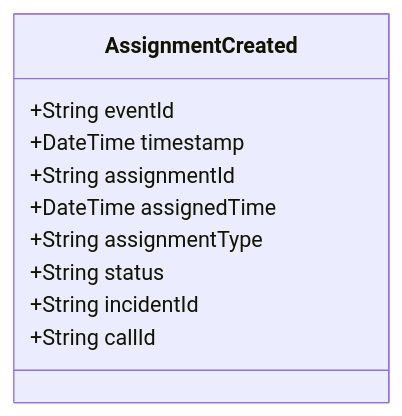
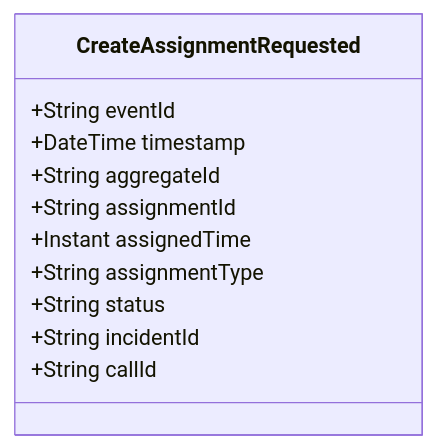
Before and after one commit to pgraff/police-system: the diagram in doc/events/AssignmentCreated.md, drawn with Mermaid. The commit also changed other lines of this file and 58 other files, not shown here.

````diff
--- a/doc/events/AssignmentCreated.md
+++ b/doc/events/AssignmentCreated.md
@@ -9,13 +9,14 @@
 ```mermaid
 classDiagram
-    class AssignmentCreated {
+    class CreateAssignmentRequested {
         +String eventId
         +DateTime timestamp
+        +String aggregateId
         +String assignmentId
-        +DateTime assignedTime
+        +Instant assignedTime
         +String assignmentType
         +String status
         +String incidentId
         +String callId
     }
 ```
````
